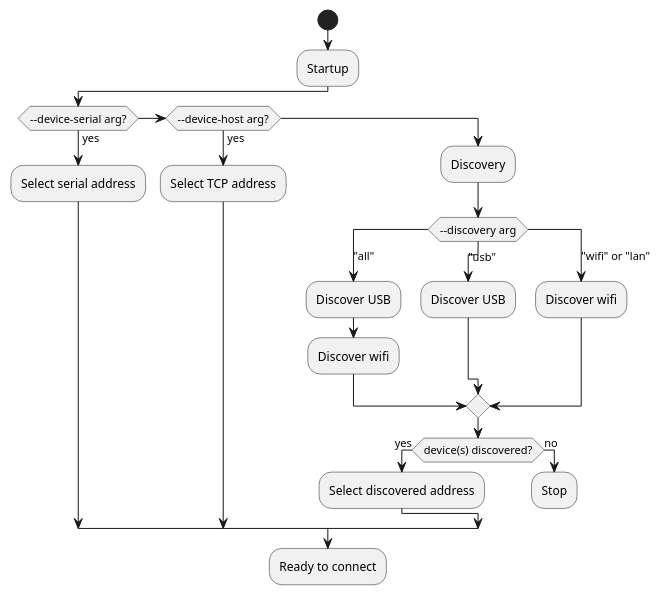
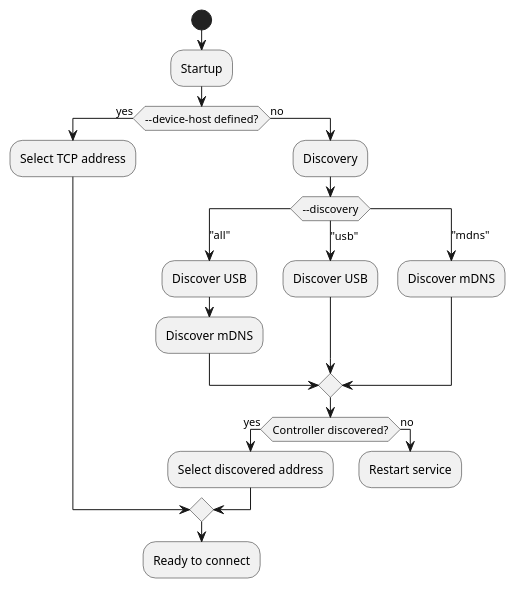
The diagram in docs/user/services/spark.md (BrewBlox/brewblox-documentation), drawn with PlantUML before and after one commit. The commit also changed other lines of this file and 7 other files, not shown here.

````diff
--- a/docs/user/services/spark.md
+++ b/docs/user/services/spark.md
@@ -223,37 +127,34 @@
 ```plantuml
 @startuml Connecting to a Spark
 start
 
 :Startup;
 
-if (--device-serial arg?) then (yes)
-    :Select serial address;
-elseif (--device-host arg?) then (yes)
+if (--device-host defined?) then (yes)
     :Select TCP address;
-else
+else (no)
     :Discovery;
 
-
-    switch(--discovery arg)
+    switch(--discovery)
     case ("all")
         :Discover USB;
-        :Discover wifi;
+        :Discover mDNS;
     case ("usb")
         :Discover USB;
-    case ("wifi" or "lan")
-        :Discover wifi;
+    case ("mdns")
+        :Discover mDNS;
     endswitch
 
-    if (device(s) discovered?) then (yes)
+    if (Controller discovered?) then (yes)
         :Select discovered address;
     else (no)
-        :Stop;
+        :Restart service;
         kill
     endif
 endif
 
 :Ready to connect;
 kill
 
 @enduml
 ```
````
